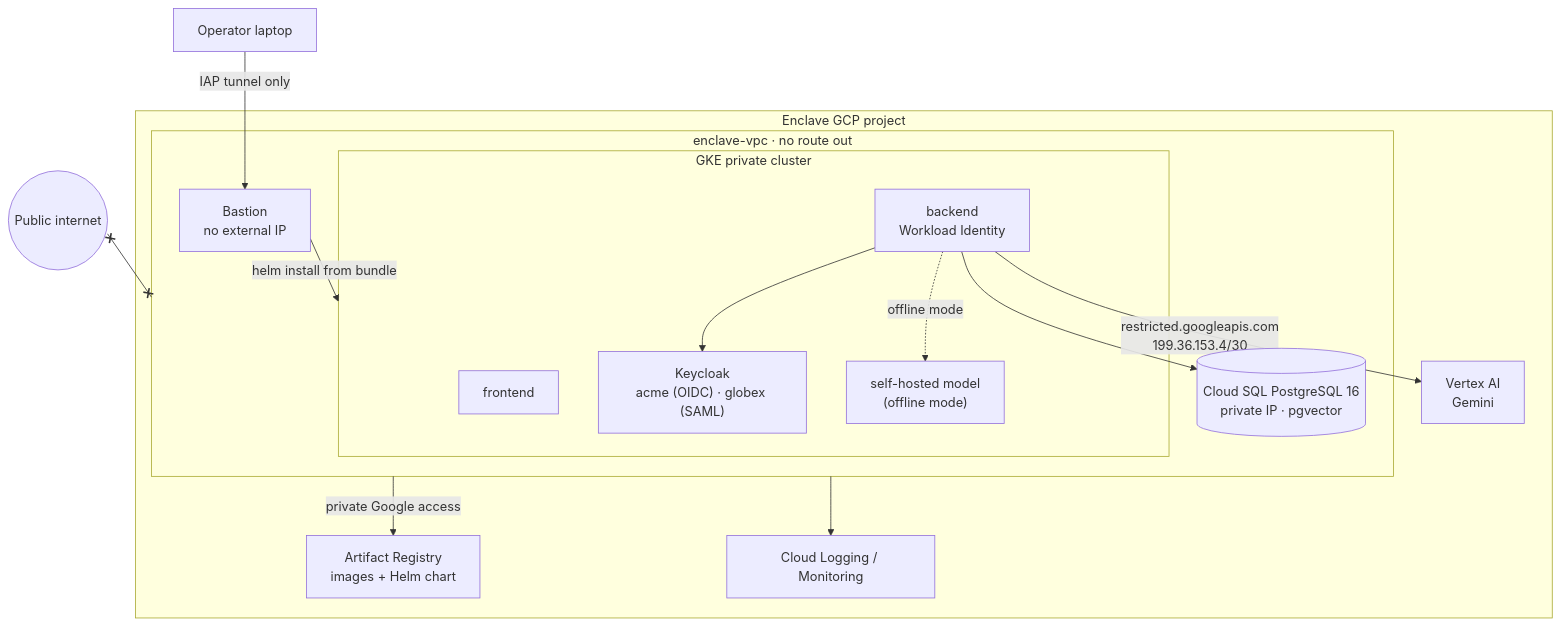
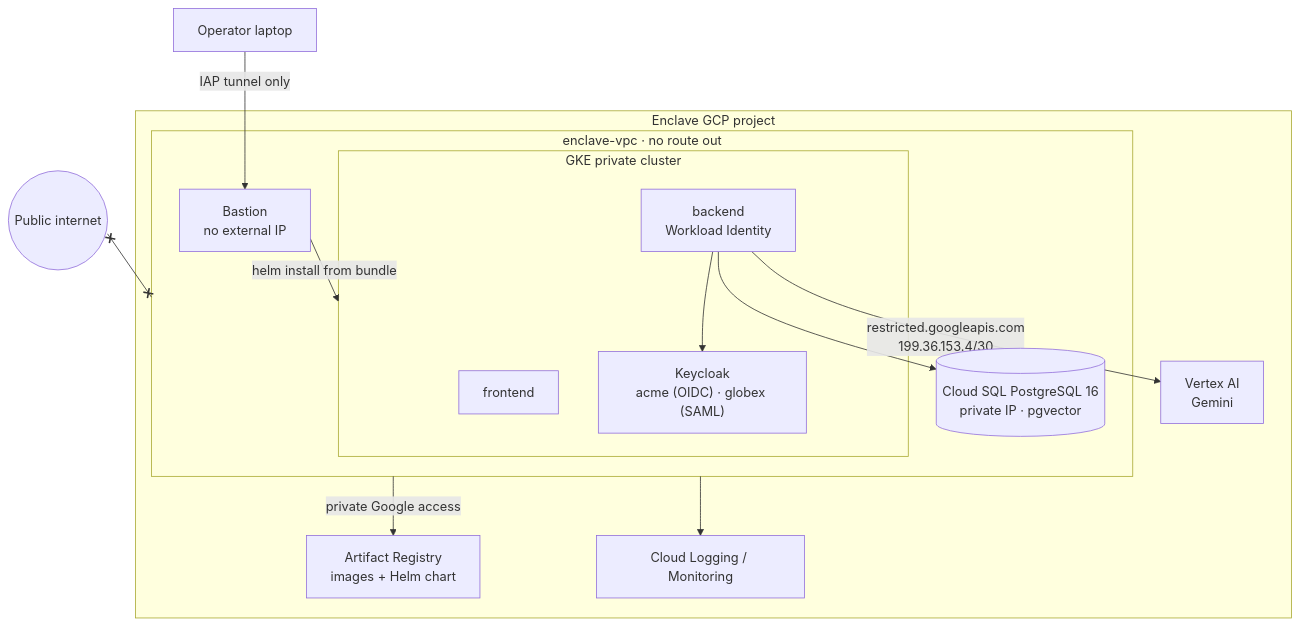
The first of 2 diagrams in README.md (ghantasala-sr/GateKeeper-enclave), drawn with Mermaid before and after one commit. The commit also changed other lines of this file, not shown here.

First line of the commit message:
README: Gemini on Vertex AI is the only model in the Enclave

````diff
--- a/README.md
+++ b/README.md
@@ -29,28 +29,26 @@
 ```mermaid
 flowchart TB
     subgraph GCP["Enclave GCP project"]
         subgraph VPC["enclave-vpc · no route out"]
             BASTION["Bastion<br/>no external IP"]
             subgraph GKE["GKE private cluster"]
                 FE["frontend"]
                 BE["backend<br/>Workload Identity"]
                 KC["Keycloak<br/>acme (OIDC) · globex (SAML)"]
-                LLM["self-hosted model<br/>(offline mode)"]
             end
             SQL[("Cloud SQL PostgreSQL 16<br/>private IP · pgvector")]
         end
         AR["Artifact Registry<br/>images + Helm chart"]
         VERTEX["Vertex AI<br/>Gemini"]
         OBS["Cloud Logging / Monitoring"]
     end
 
     OP["Operator laptop"] -- "IAP tunnel only" --> BASTION
     BASTION -- "helm install from bundle" --> GKE
     BE --> SQL
     BE --> KC
-    BE -. "offline mode" .-> LLM
     BE -- "restricted.googleapis.com<br/>199.36.153.4/30" --> VERTEX
     GKE -- "private Google access" --> AR
     GKE --> OBS
     INTERNET(("Public internet")) x--x VPC
 ```
````
